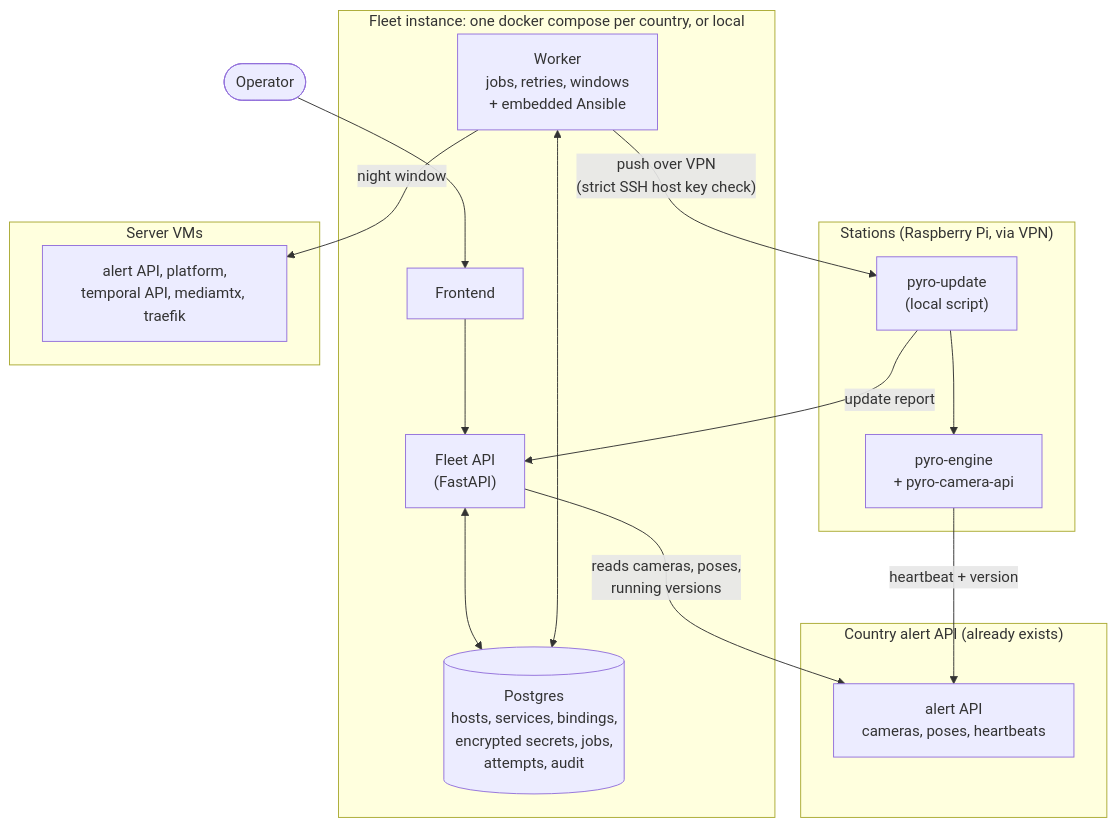
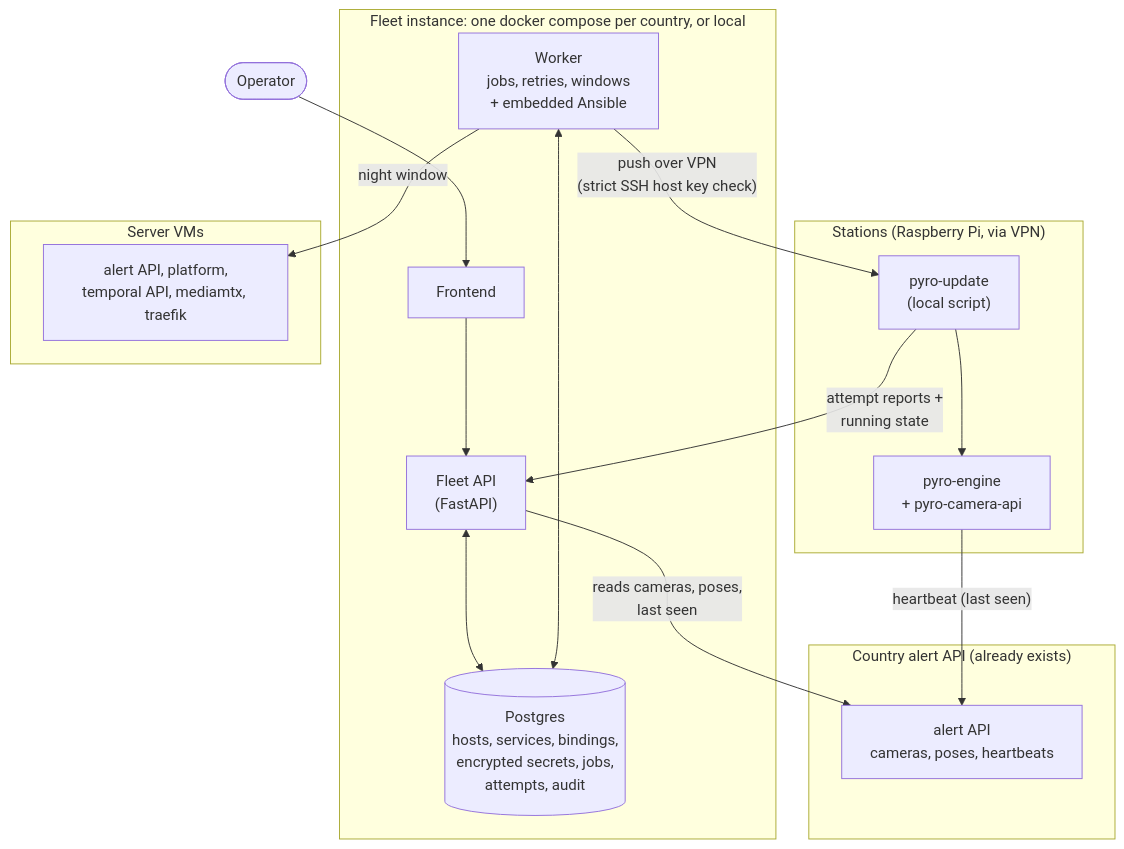
The third of 13 diagrams in docs/ADR/fleet-api.md (pyronear/pi-manager-template), drawn with Mermaid before and after one commit. The commit also changed other lines of this file, not shown here.

First line of the commit message:
docs(adr): report the running version from pyro-update, not the heartbeat

````diff
--- a/docs/ADR/fleet-api.md
+++ b/docs/ADR/fleet-api.md
@@ -97,35 +97,35 @@
 ```mermaid
 flowchart TB
     OP(["Operator"])
 
     subgraph inst["Fleet instance: one docker compose per country, or local"]
         FRONT["Frontend"]
         FAPI["Fleet API<br/>(FastAPI)"]
         DB[("Postgres<br/>hosts, services, bindings,<br/>encrypted secrets, jobs,<br/>attempts, audit")]
         WK["Worker<br/>jobs, retries, windows<br/>+ embedded Ansible"]
         FRONT --> FAPI
         FAPI <--> DB
         WK <--> DB
     end
 
     subgraph alert["Country alert API (already exists)"]
         AAPI["alert API<br/>cameras, poses, heartbeats"]
     end
 
     subgraph pis["Stations (Raspberry Pi, via VPN)"]
         UPD["pyro-update<br/>(local script)"]
         ENG["pyro-engine<br/>+ pyro-camera-api"]
         UPD --> ENG
     end
 
     subgraph vms["Server VMs"]
         SRV["alert API, platform,<br/>temporal API, mediamtx, traefik"]
     end
 
     OP --> FRONT
-    FAPI -- "reads cameras, poses,<br/>running versions" --> AAPI
+    FAPI -- "reads cameras, poses,<br/>last seen" --> AAPI
     WK -- "push over VPN<br/>(strict SSH host key check)" --> UPD
-    UPD -- "update report" --> FAPI
+    UPD -- "attempt reports +<br/>running state" --> FAPI
     WK -- "night window" --> SRV
-    ENG -- "heartbeat + version" --> AAPI
+    ENG -- "heartbeat (last seen)" --> AAPI
 ```
````
